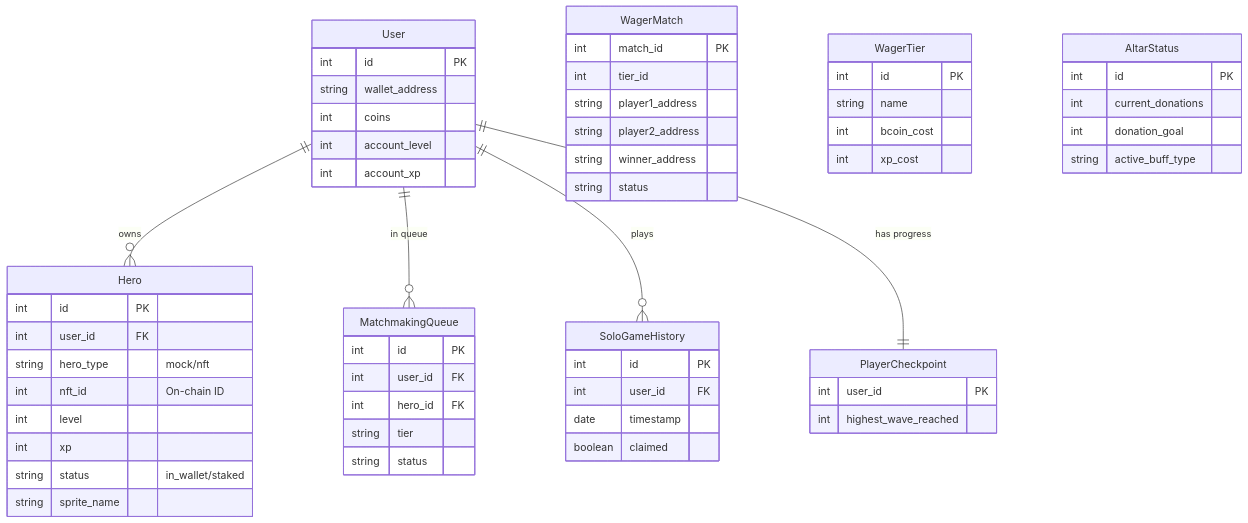
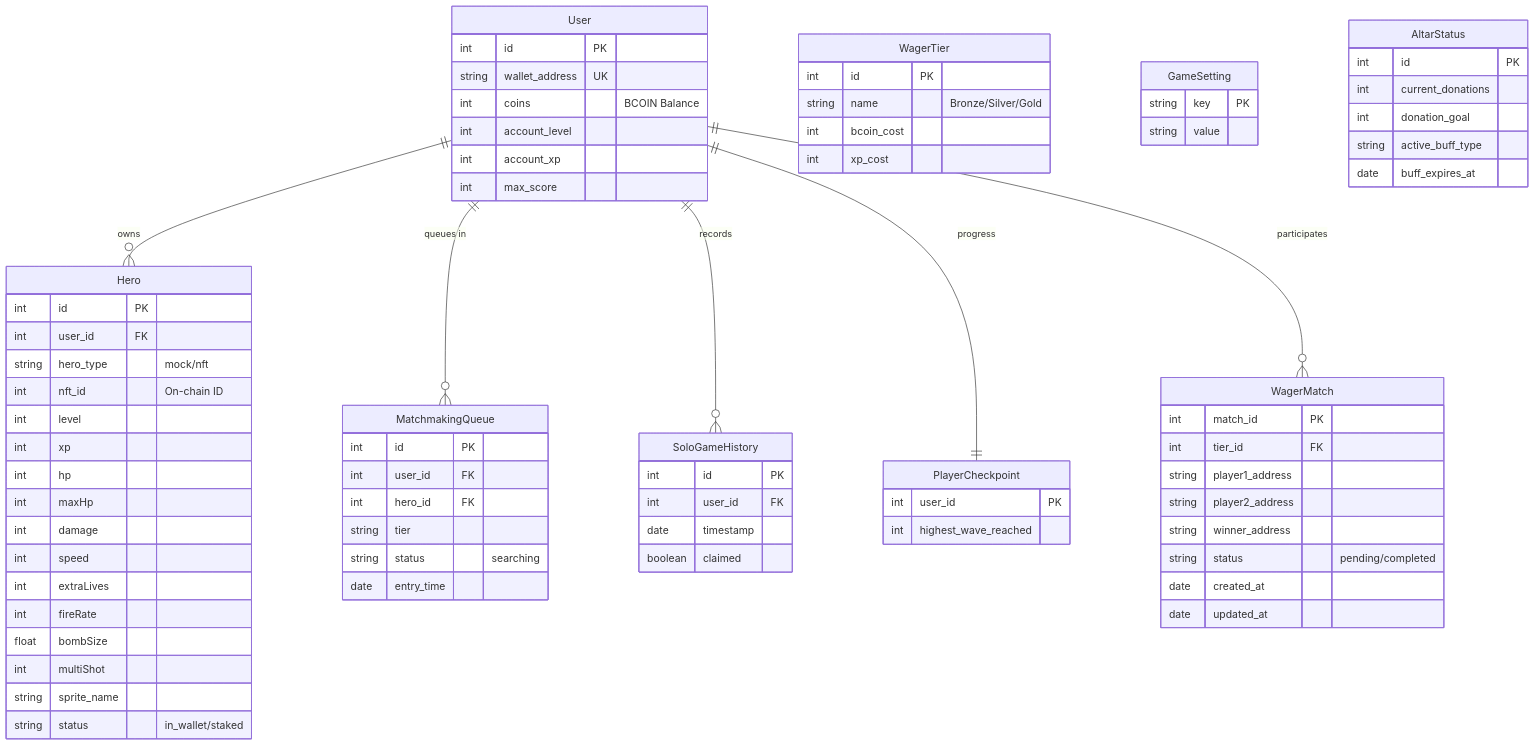
One commit to alanvito1/bomb_dash changed the third of 4 diagrams in docs/ARCHITECTURE.md. Above: the diagram before and after it, drawn with Mermaid. The commit also changed other lines of this file and 3 other files, not shown here.

````diff
--- a/docs/ARCHITECTURE.md
+++ b/docs/ARCHITECTURE.md
@@ -53,16 +53,18 @@
 ```mermaid
 erDiagram
     User ||--o{ Hero : owns
-    User ||--o{ MatchmakingQueue : "in queue"
-    User ||--o{ SoloGameHistory : "plays"
-    User ||--|| PlayerCheckpoint : "has progress"
+    User ||--o{ MatchmakingQueue : "queues in"
+    User ||--o{ SoloGameHistory : "records"
+    User ||--|| PlayerCheckpoint : "progress"
+    User ||--o{ WagerMatch : "participates"
 
     User {
         int id PK
-        string wallet_address
-        int coins
+        string wallet_address UK
+        int coins "BCOIN Balance"
         int account_level
         int account_xp
+        int max_score
     }
 
     Hero {
@@ -72,8 +74,34 @@
         int nft_id "On-chain ID"
         int level
         int xp
+        int hp
+        int maxHp
+        int damage
+        int speed
+        int extraLives
+        int fireRate
+        float bombSize
+        int multiShot
+        string sprite_name
         string status "in_wallet/staked"
-        string sprite_name
+    }
+
+    WagerTier {
+        int id PK
+        string name "Bronze/Silver/Gold"
+        int bcoin_cost
+        int xp_cost
+    }
+
+    WagerMatch {
+        int match_id PK
+        int tier_id FK
+        string player1_address
+        string player2_address
+        string winner_address
+        string status "pending/completed"
+        date created_at
+        date updated_at
     }
 
     MatchmakingQueue {
@@ -81,23 +109,21 @@
         int user_id FK
         int hero_id FK
         string tier
-        string status
+        string status "searching"
+        date entry_time
     }
 
-    WagerMatch {
-        int match_id PK
-        int tier_id
-        string player1_address
-        string player2_address
-        string winner_address
-        string status
+    GameSetting {
+        string key PK
+        string value
     }
 
-    WagerTier {
+    AltarStatus {
         int id PK
-        string name
-        int bcoin_cost
-        int xp_cost
+        int current_donations
+        int donation_goal
+        string active_buff_type
+        date buff_expires_at
     }
 
     SoloGameHistory {
@@ -111,11 +137,4 @@
         int user_id PK
         int highest_wave_reached
     }
-
-    AltarStatus {
-        int id PK
-        int current_donations
-        int donation_goal
-        string active_buff_type
-    }
 ```
````
